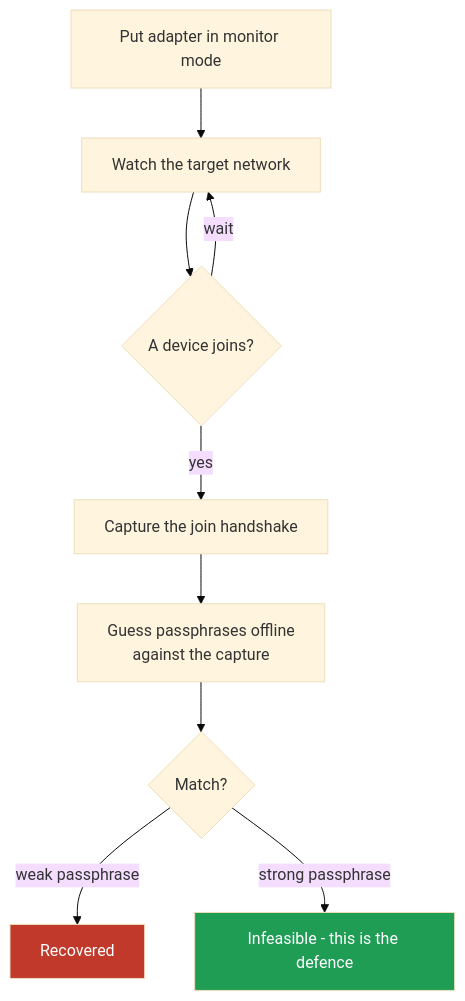
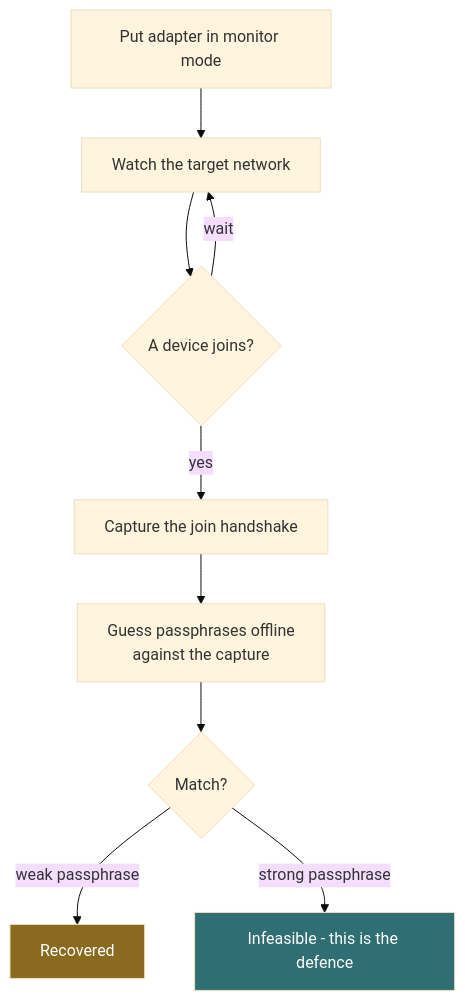
Before and after one commit to darkanalytica1/ethical-hacking-cheatsheet: the diagram in sheets/07-wireless.md, drawn with Mermaid (base theme). The commit also changed 9 other files, not shown here.

````diff
--- a/sheets/07-wireless.md
+++ b/sheets/07-wireless.md
@@ -25,13 +25,13 @@
 ```mermaid
 flowchart TB
     A[Put adapter in monitor mode] --> B[Watch the target network]
     B --> C{A device joins?}
     C -->|wait| B
     C -->|yes| D[Capture the join handshake]
     D --> E[Guess passphrases offline<br/>against the capture]
     E --> F{Match?}
     F -->|weak passphrase| G[Recovered]
     F -->|strong passphrase| H[Infeasible - this is the defence]
-    style G fill:#c0392b,color:#fff
-    style H fill:#1f9d55,color:#fff
+    style G fill:#8a6a1f,color:#fff
+    style H fill:#2f6f73,color:#fff
 ```
````
